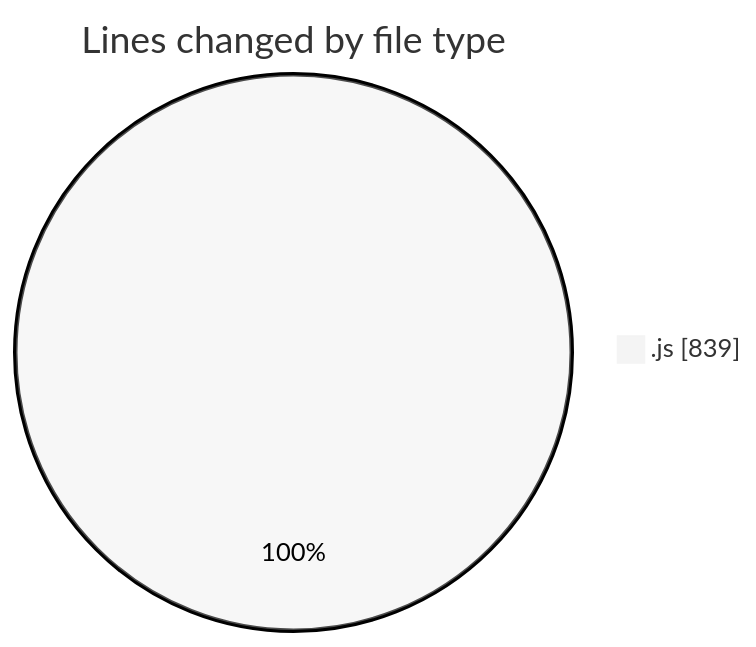
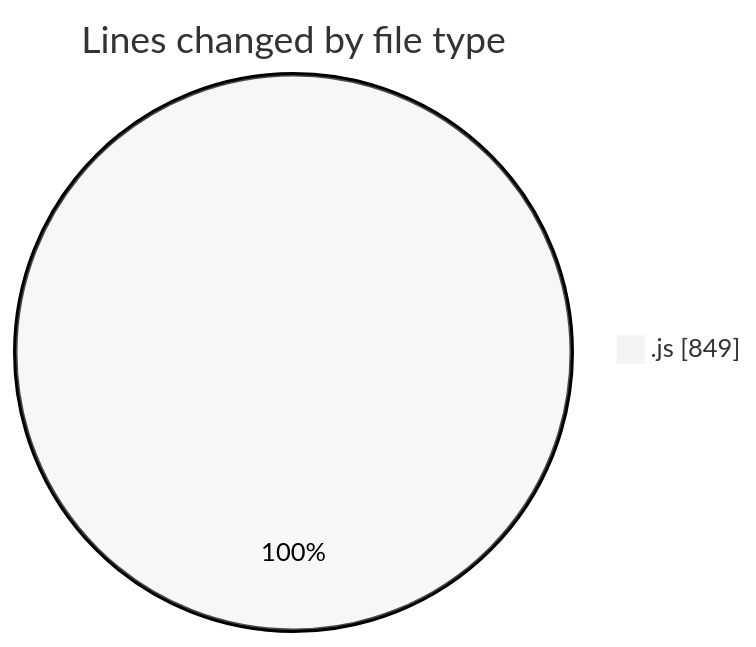
The first of 2 diagrams in 2025-12-29/nxtqube_webapp/README.md (nxtqubesakshisongat/code-tracking), drawn with Mermaid (neutral theme) before and after one commit. The commit also changed other lines of this file and 1 other file, not shown here.

````diff
--- a/2025-12-29/nxtqube_webapp/README.md
+++ b/2025-12-29/nxtqube_webapp/README.md
@@ -20,5 +20,5 @@
 ```mermaid
 pie showData
 title Lines changed by file type
-".js" : 839
+".js" : 849
 ```
````
